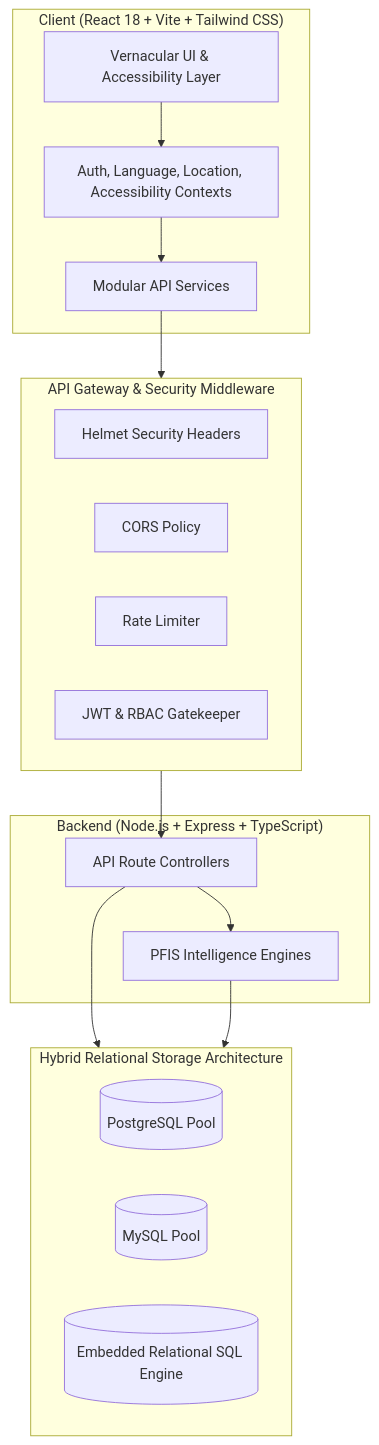
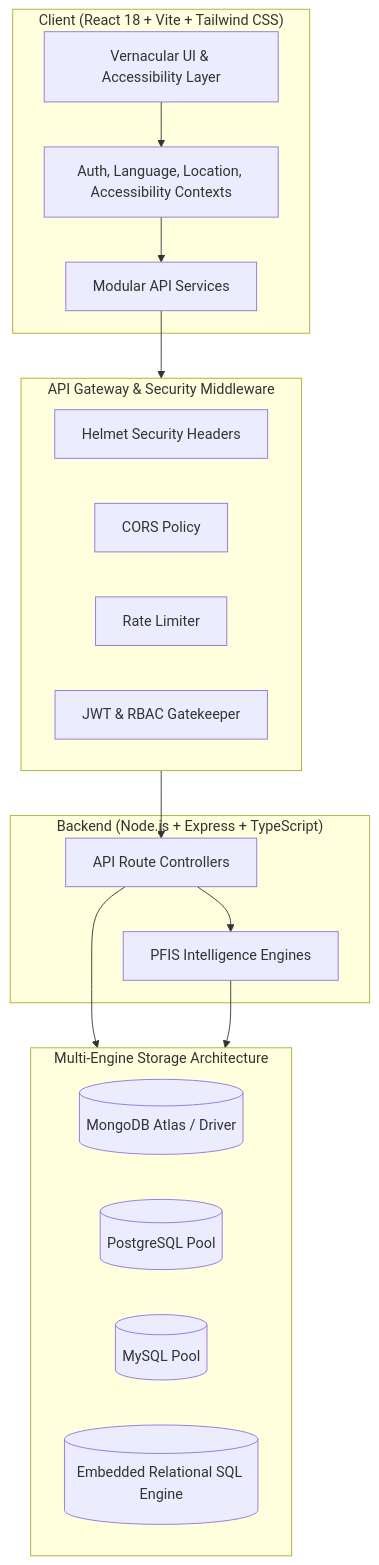
Before and after one commit to satyamhq/pfis: the first of 4 diagrams in PROJECT_DOCUMENTATION.md, drawn with Mermaid. The commit also changed other lines of this file and 7 other files, not shown here.

````diff
--- a/PROJECT_DOCUMENTATION.md
+++ b/PROJECT_DOCUMENTATION.md
@@ -49,34 +52,35 @@
 ```mermaid
 graph TD
     subgraph Client ["Client (React 18 + Vite + Tailwind CSS)"]
         UI[Vernacular UI & Accessibility Layer]
         Contexts[Auth, Language, Location, Accessibility Contexts]
         Services[Modular API Services]
         UI --> Contexts
         Contexts --> Services
     end
 
     subgraph Gateway ["API Gateway & Security Middleware"]
         Helmet[Helmet Security Headers]
         Cors[CORS Policy]
         Limiter[Rate Limiter]
         JWT[JWT & RBAC Gatekeeper]
     end
 
     subgraph Backend ["Backend (Node.js + Express + TypeScript)"]
         Controllers[API Route Controllers]
         Engines[PFIS Intelligence Engines]
         Controllers --> Engines
     end
 
-    subgraph Storage ["Hybrid Relational Storage Architecture"]
+    subgraph Storage ["Multi-Engine Storage Architecture"]
+        MongoDB[(MongoDB Atlas / Driver)]
         PG[(PostgreSQL Pool)]
         MySQL[(MySQL Pool)]
         EmbeddedSQL[(Embedded Relational SQL Engine)]
     end
 
     Services --> Gateway
     Gateway --> Controllers
     Controllers --> Storage
     Engines --> Storage
 ```
````
